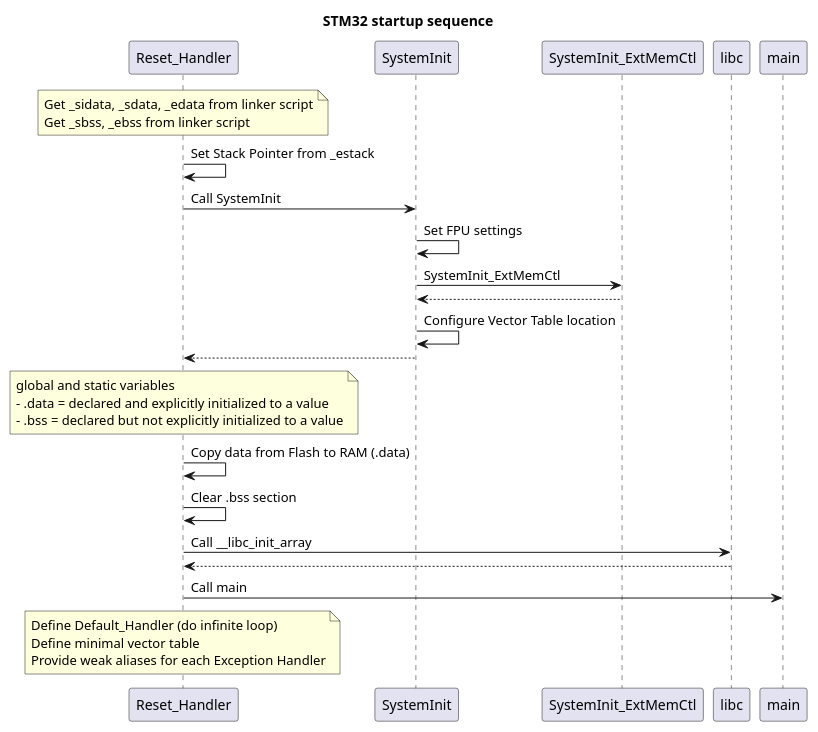
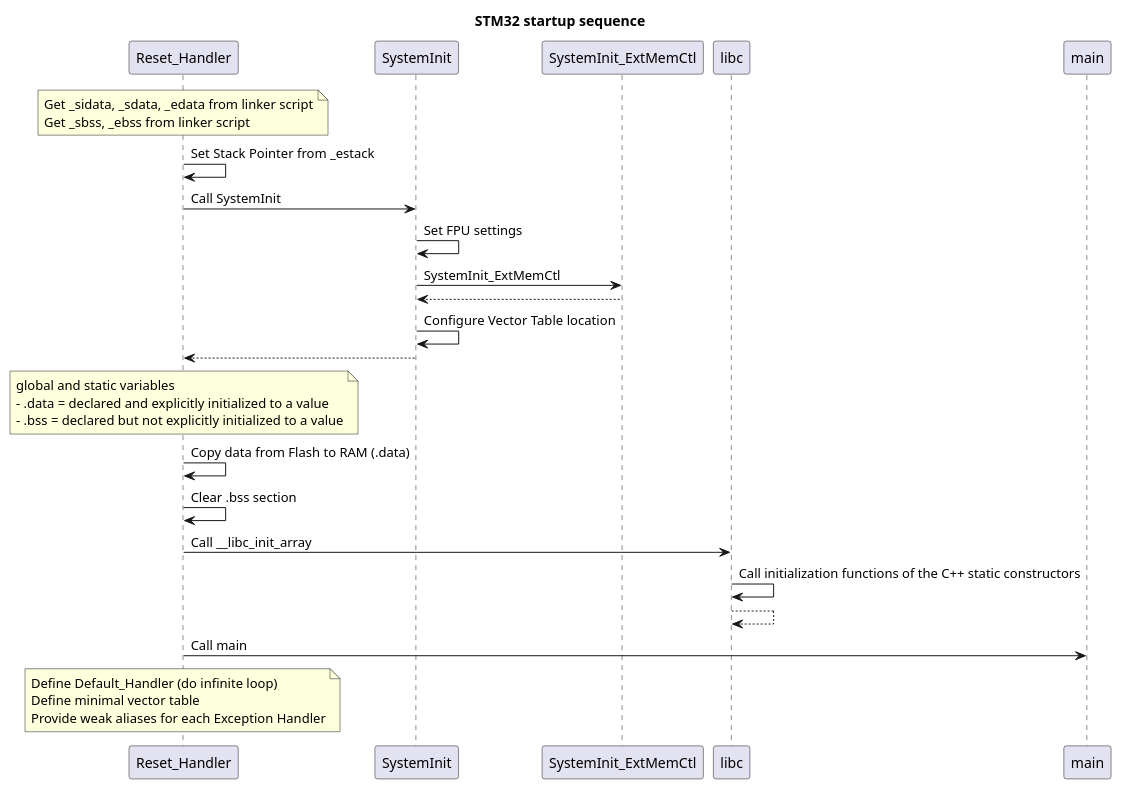
The diagram in blinky_cmake_gnu_stm32cube/doc/startup_stm32.plantuml (nboutin/stm32f_disco_blinky), drawn with PlantUML before and after one commit.

Commit message:
Update startup_stm32 PlantUML

```diff
--- a/blinky_cmake_gnu_stm32cube/doc/startup_stm32.plantuml
+++ b/blinky_cmake_gnu_stm32cube/doc/startup_stm32.plantuml
@@ -1,42 +1,40 @@
 @startuml "stm32 startup sequence"
 title STM32 startup sequence
 
 participant "Reset_Handler" as RH
 participant "SystemInit" as SI
 participant "SystemInit_ExtMemCtl" as SI_ExMem
 participant "libc" as libc
 participant "main" as main
 
 note over RH
 Get _sidata, _sdata, _edata from linker script
 Get _sbss, _ebss from linker script
 end note
 
 RH -> RH: Set Stack Pointer from _estack
 RH -> SI: Call SystemInit
 SI -> SI: Set FPU settings
 SI -> SI_ExMem: SystemInit_ExtMemCtl
 return
 SI -> SI: Configure Vector Table location
 RH <-- SI
 note over RH
 global and static variables
 - .data = declared and explicitly initialized to a value
 - .bss = declared but not explicitly initialized to a value
 end note
 RH -> RH: Copy data from Flash to RAM (.data)
 RH -> RH: Clear .bss section
 RH -> libc: Call __libc_init_array
+libc -> libc: Call initialization functions of the C++ static constructors
 return
 RH -> main: Call main
 
 note over of RH
 Define Default_Handler (do infinite loop)
 Define minimal vector table
 Provide weak aliases for each Exception Handler
 end note
-' global and static variables
-' .data = declared and explicitly initialized to a value
-' .bss = declared but not explicitly initialized to a value
 
 @enduml
```
